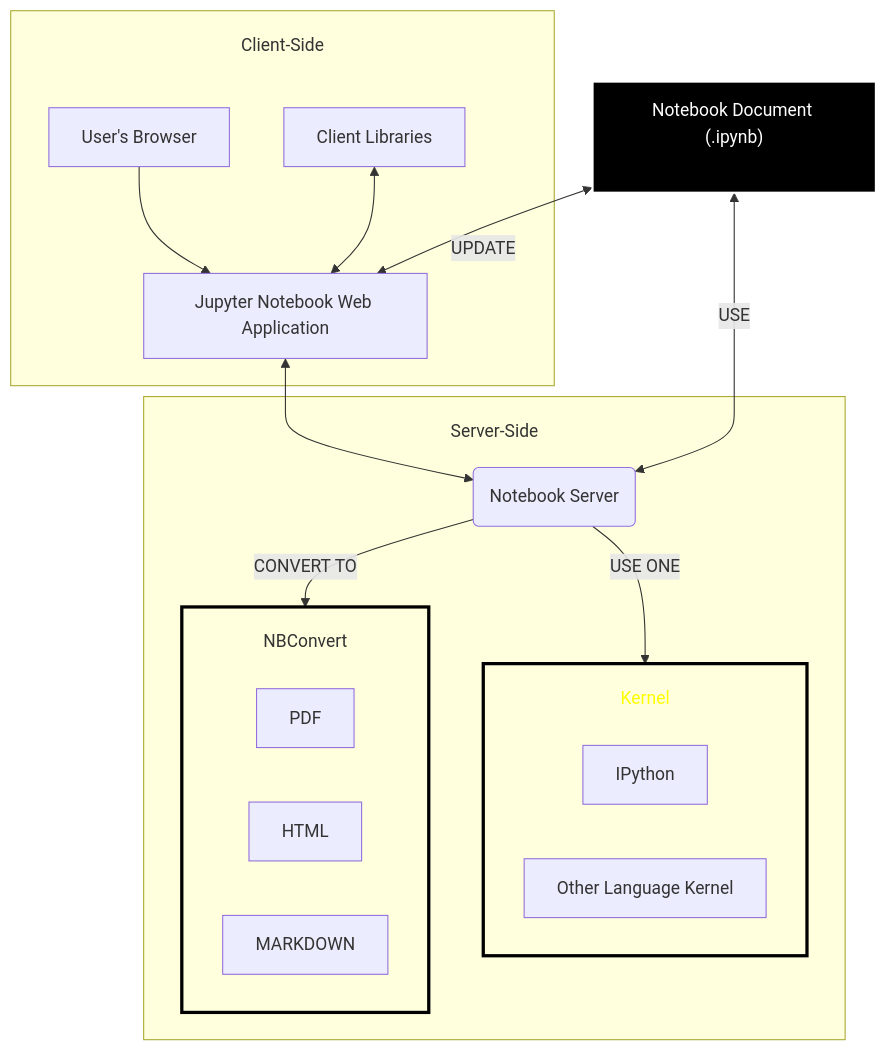
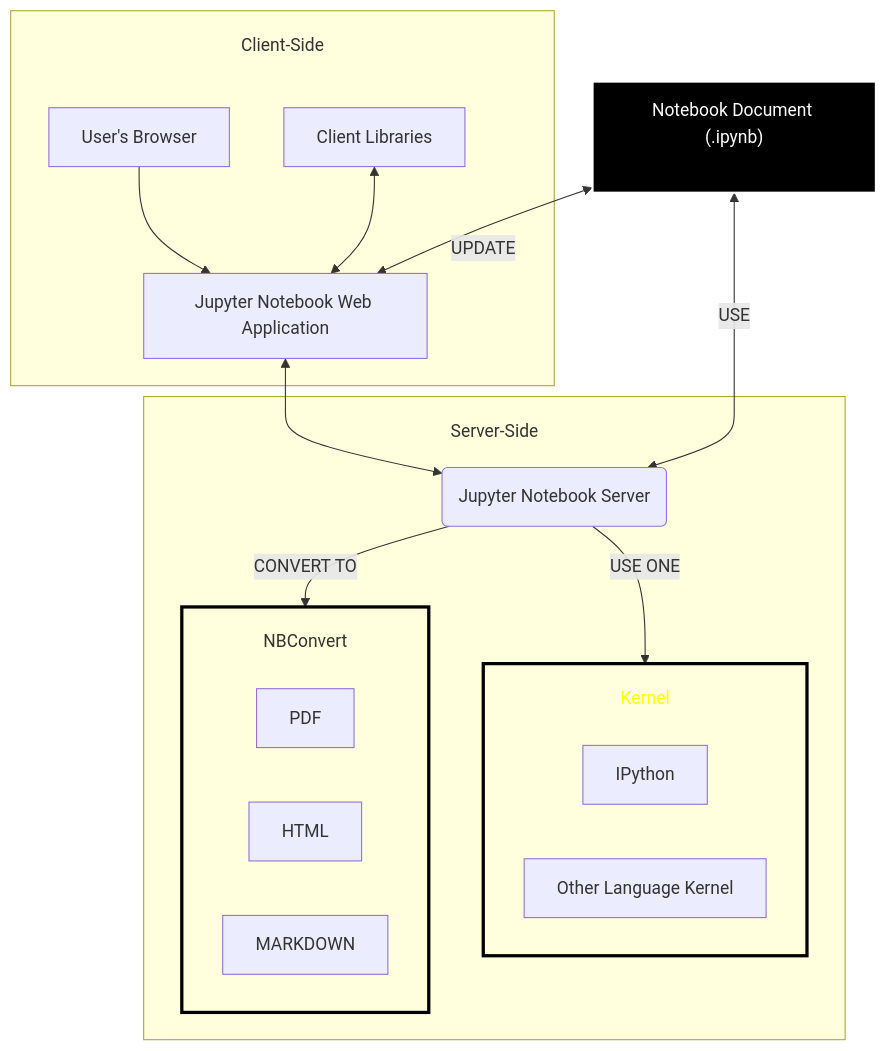
One commit to bsorrentino/bsorrentino changed the diagram in _draft/2024-09-06-Java-Notebook.md. Above: the diagram before and after it, drawn with Mermaid. The commit also changed other lines of this file, not shown here.

````diff
--- a/_draft/2024-09-06-Java-Notebook.md
+++ b/_draft/2024-09-06-Java-Notebook.md
@@ -43,56 +43,56 @@
 ```mermaid
 ---
 config:
     flowchart:
         subGraphTitleMargin:
             top: 20
             bottom: 20
 ---
 graph TD
     A[User's Browser] --> B[Jupyter Notebook Web Application]
     B <--> C(Notebook Server)
-    C(Notebook Server) -->|USE ONE|Kernel
+    C(Jupyter Notebook Server) -->|USE ONE|Kernel
     %% C <--> D[Kernel]
     C -->|CONVERT TO| NBConvert
     G[Client Libraries] <--> B
     H["IPython"]
     O["Other Language Kernel"]
  
     F["Notebook Document (.ipynb)<br><br>"] <-->|USE|C
     F <-->|UPDATE| B
     
     subgraph "Client-Side"
     A
     B
     G
     end
     
     subgraph Server-Side
     C
 
     Kernel
     NBConvert
     end
 
     
     subgraph Kernel["Kernel"]
     H
     O
     end
     
    subgraph NBConvert
     PDF
     HTML
     MARKDOWN
     end
  
     %% style A fill:#f9f,stroke:#333,stroke-width:2px
     %% style B fill:#bbf,stroke:#333,stroke-width:2px
     %% style C fill:#dfd,stroke:#333,stroke-width:2px
     style Kernel color:yellow,stroke:black,stroke-width:3px
     style NBConvert stroke:black,stroke-width:3px
     style F color:white,fill:black,stroke:white,stroke-width:2px
     %% style G fill:#dff,stroke:#333,stroke-width:2px
     %% style H fill:#fdf,stroke:#333,stroke-width:2px
 
 ```
````
